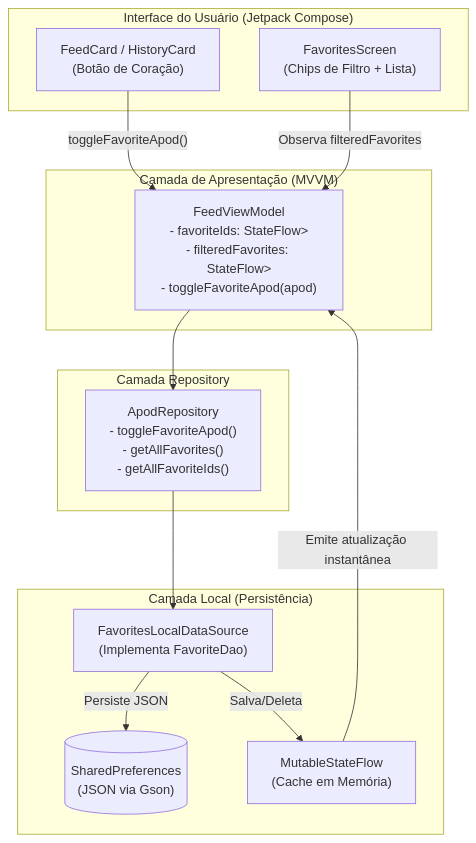
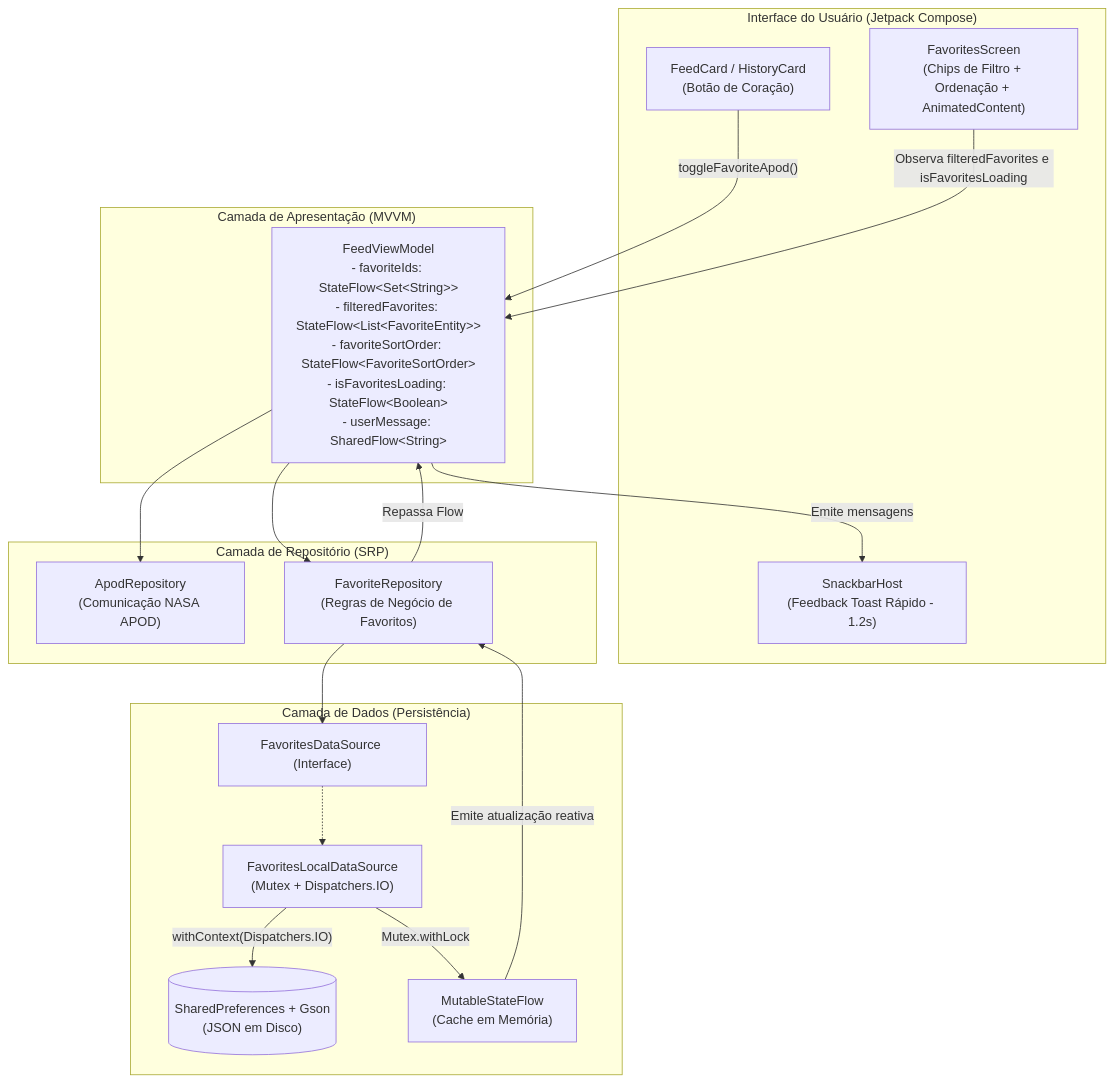
The diagram in docs/ARQUITETURA_FAVORITOS.md (joaorv/GalaxIA), drawn with Mermaid before and after one commit. The commit also changed other lines of this file and 14 other files, not shown here.

First line of the commit message:
feat(favorites): implementar logica de favoritos, ordenacao dinamica e melhorias de ux

````diff
--- a/docs/ARQUITETURA_FAVORITOS.md
+++ b/docs/ARQUITETURA_FAVORITOS.md
@@ -44,29 +59,36 @@
 ```mermaid
 flowchart TD
     subgraph UI ["Interface do Usuário (Jetpack Compose)"]
-        FC["FeedCard / HistoryCard\n(Botão de Coração)"]
-        FS["FavoritesScreen\n(Chips de Filtro + Lista)"]
+        FC["FeedCard / HistoryCard<br/>(Botão de Coração)"]
+        FS["FavoritesScreen<br/>(Chips de Filtro + Ordenação + AnimatedContent)"]
+        SB["SnackbarHost<br/>(Feedback Toast Rápido - 1.2s)"]
     end
 
     subgraph VM ["Camada de Apresentação (MVVM)"]
-        FVM["FeedViewModel\n- favoriteIds: StateFlow<Set<String>>\n- filteredFavorites: StateFlow<List<FavoriteEntity>>\n- toggleFavoriteApod(apod)"]
+        FVM["FeedViewModel<br/>- favoriteIds: StateFlow&lt;Set&lt;String&gt;&gt;<br/>- filteredFavorites: StateFlow&lt;List&lt;FavoriteEntity&gt;&gt;<br/>- favoriteSortOrder: StateFlow&lt;FavoriteSortOrder&gt;<br/>- isFavoritesLoading: StateFlow&lt;Boolean&gt;<br/>- userMessage: SharedFlow&lt;String&gt;"]
     end
 
-    subgraph REPO ["Camada Repository"]
-        AR["ApodRepository\n- toggleFavoriteApod()\n- getAllFavorites()\n- getAllFavoriteIds()"]
+    subgraph REPO ["Camada de Repositório (SRP)"]
+        AR["ApodRepository<br/>(Comunicação NASA APOD)"]
+        FR["FavoriteRepository<br/>(Regras de Negócio de Favoritos)"]
     end
 
-    subgraph DATA ["Camada Local (Persistência)"]
-        FDS["FavoritesLocalDataSource\n(Implementa FavoriteDao)"]
-        SP[("SharedPreferences\n(JSON via Gson)")]
-        FLOW["MutableStateFlow\n(Cache em Memória)"]
+    subgraph DATA ["Camada de Dados (Persistência)"]
+        DS["FavoritesDataSource (Interface)"]
+        LDS["FavoritesLocalDataSource<br/>(Mutex + Dispatchers.IO)"]
+        SP[("SharedPreferences + Gson<br/>(JSON em Disco)")]
+        MEM["MutableStateFlow<br/>(Cache em Memória)"]
     end
 
     FC -->|"toggleFavoriteApod()"| FVM
-    FS -->|"Observa filteredFavorites"| FVM
+    FS -->|"Observa filteredFavorites e isFavoritesLoading"| FVM
+    FVM -->|"Emite mensagens"| SB
     FVM --> AR
-    AR --> FDS
-    FDS -->|"Salva/Deleta"| FLOW
-    FDS -->|"Persiste JSON"| SP
-    FLOW -->|"Emite atualização instantânea"| FVM
+    FVM --> FR
+    FR --> DS
+    DS -.-> LDS
+    LDS -->|"Mutex.withLock"| MEM
+    LDS -->|"withContext(Dispatchers.IO)"| SP
+    MEM -->|"Emite atualização reativa"| FR
+    FR -->|"Repassa Flow"| FVM
 ```
````
